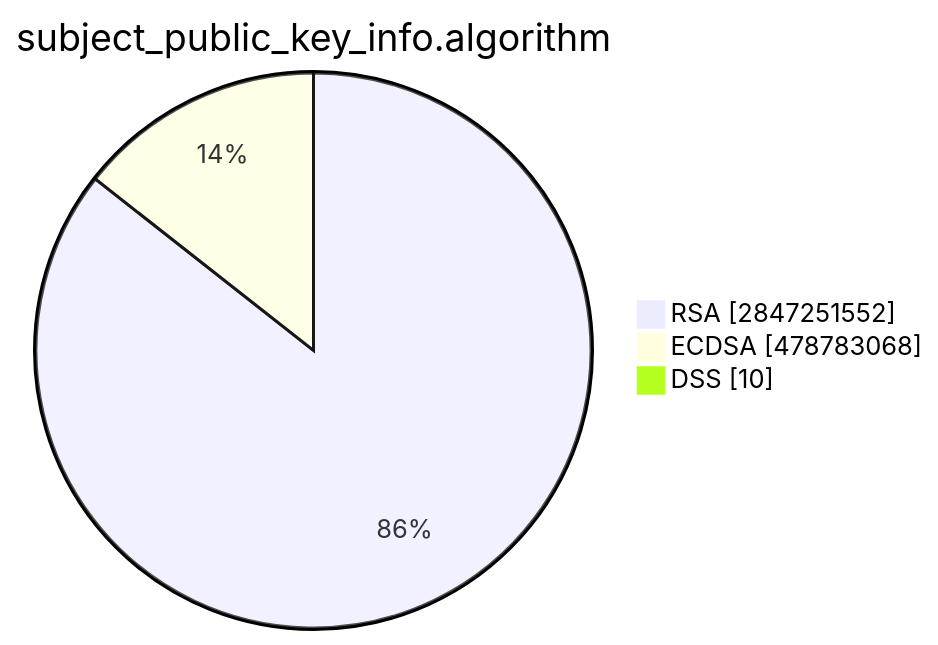
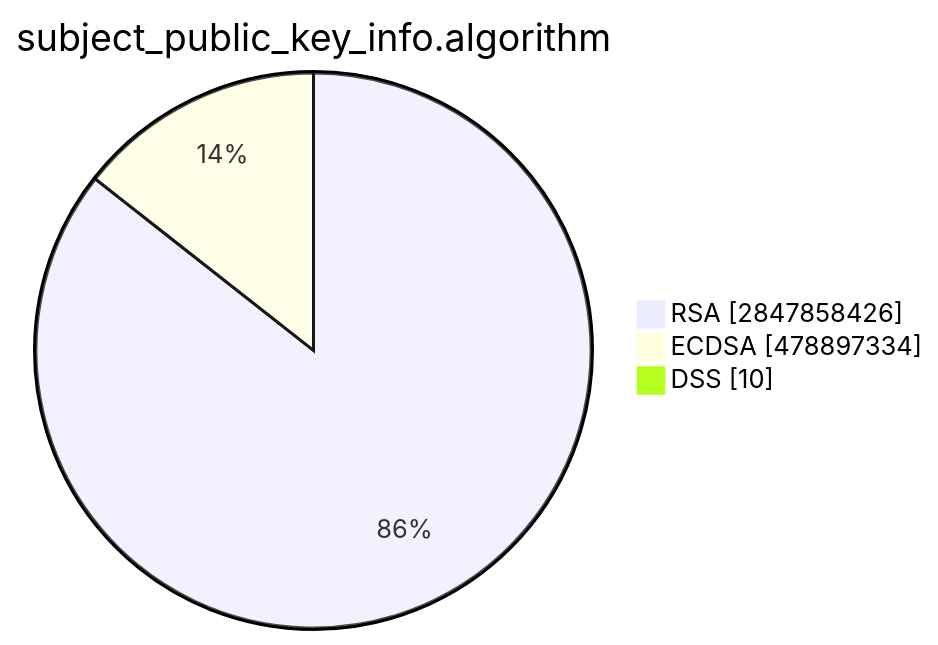
One commit to christiankrug/ctmonitor_visualization changed the second of 15 diagrams in TOTAL/README.md. Above: the diagram before and after it, drawn with Mermaid. The commit also changed other lines of this file, not shown here.

````diff
--- a/TOTAL/README.md
+++ b/TOTAL/README.md
@@ -6,7 +6,7 @@
 ```mermaid
 pie showData
 title subject_public_key_info.algorithm
-"RSA" :2847251552
-"ECDSA" :478783068
+"RSA" :2847858426
+"ECDSA" :478897334
 "DSS" :10
 ```
````
